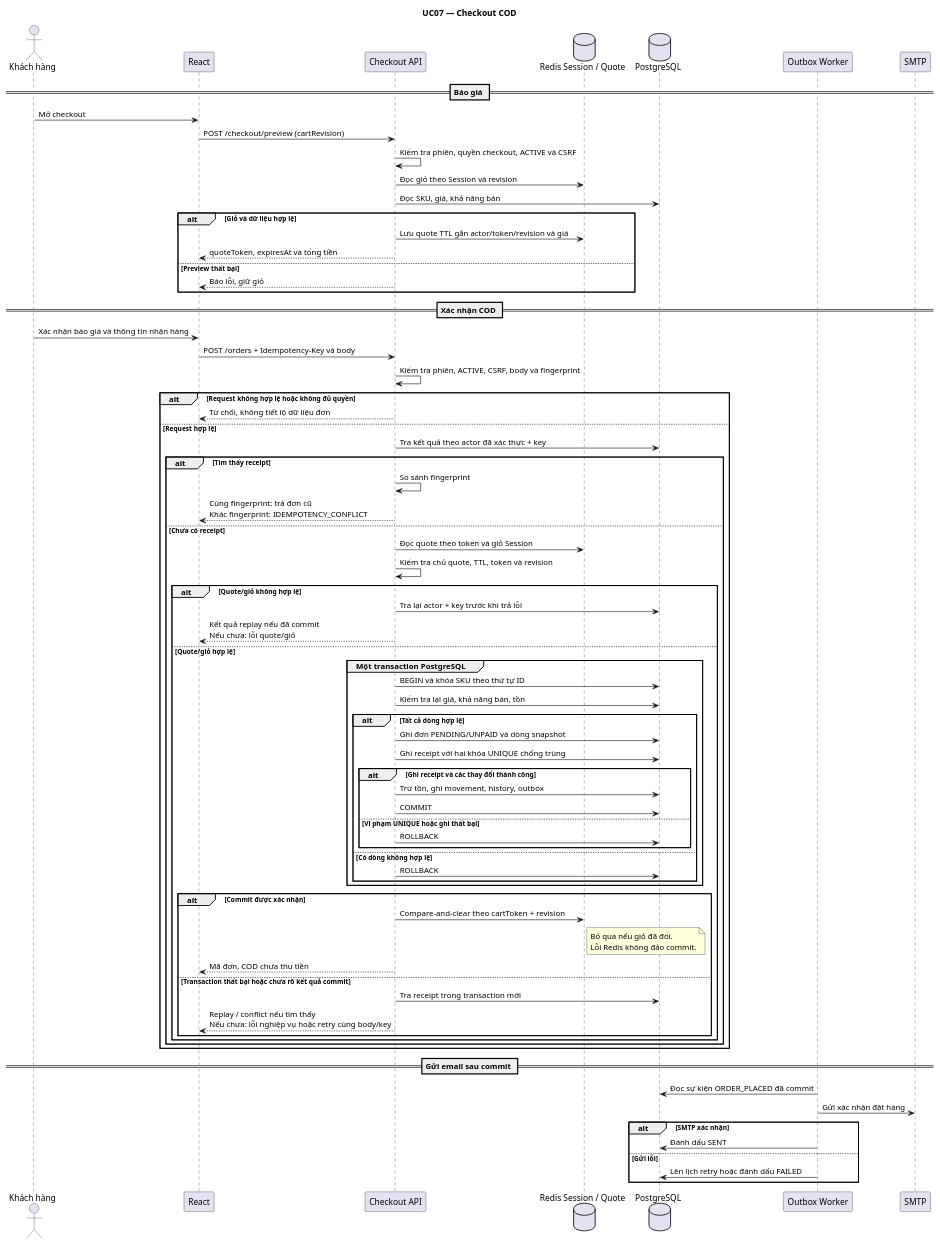
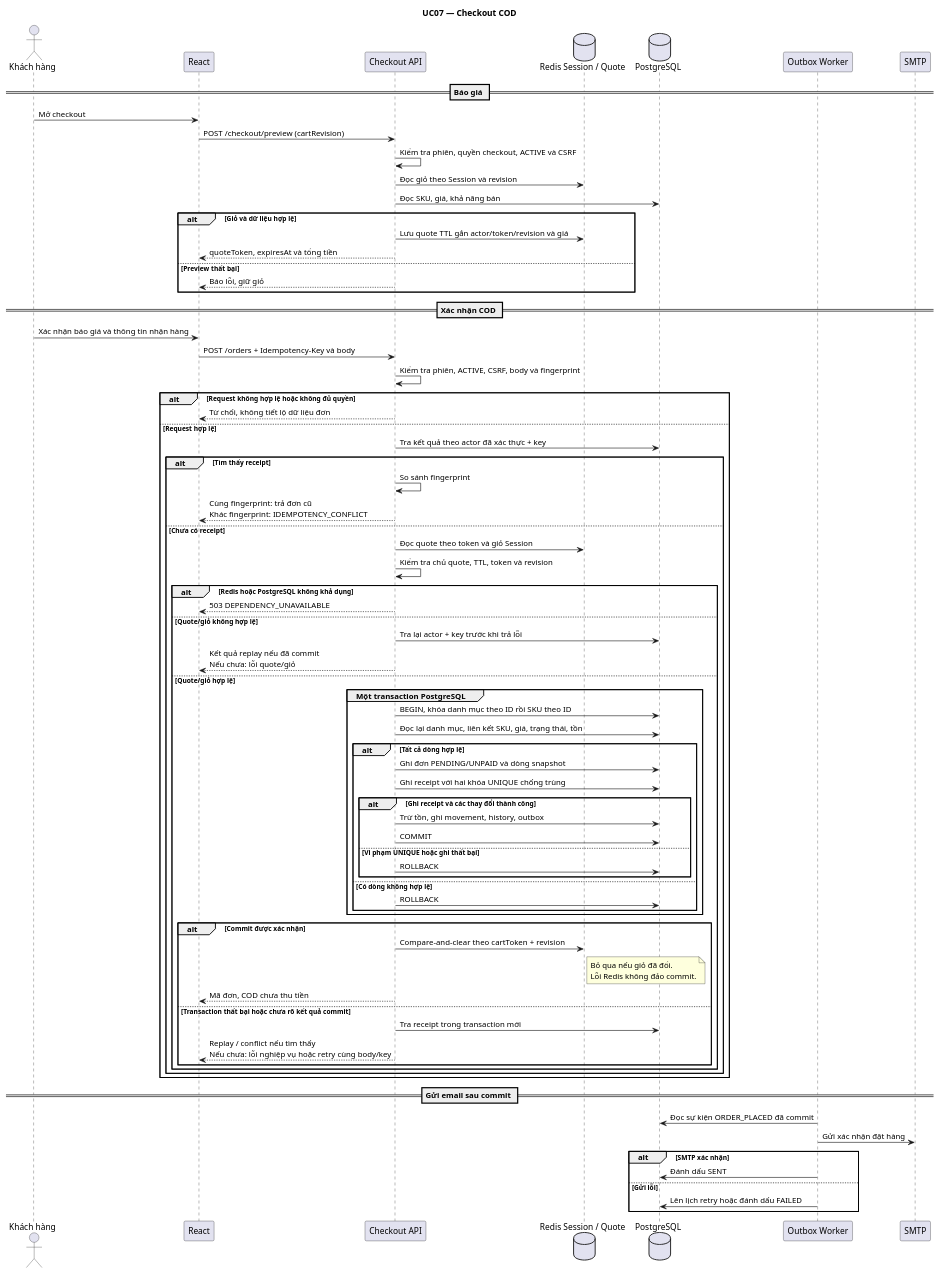
One commit to hoaqhienn/petfood-store-www-java-group10 changed the diagram in docs/design/sequences/uc07-checkout.puml. Above: the diagram before and after it, drawn with PlantUML. The commit also changed 16 other files, not shown here.

Commit message:
docs: complete P0 diagram review and checkout lock design

```diff
--- a/docs/design/sequences/uc07-checkout.puml
+++ b/docs/design/sequences/uc07-checkout.puml
@@ -1,82 +1,84 @@
 @startuml
 title UC07 — Checkout COD
 skinparam shadowing false
 actor "Khách hàng" as C
 participant "React" as UI
 participant "Checkout API" as API
 database "Redis Session / Quote" as R
 database "PostgreSQL" as DB
 participant "Outbox Worker" as W
 participant SMTP
 
 == Báo giá ==
 C -> UI : Mở checkout
 UI -> API : POST /checkout/preview (cartRevision)
 API -> API : Kiểm tra phiên, quyền checkout, ACTIVE và CSRF
 API -> R : Đọc giỏ theo Session và revision
 API -> DB : Đọc SKU, giá, khả năng bán
 alt Giỏ và dữ liệu hợp lệ
   API -> R : Lưu quote TTL gắn actor/token/revision và giá
   API --> UI : quoteToken, expiresAt và tổng tiền
 else Preview thất bại
   API --> UI : Báo lỗi, giữ giỏ
 end
 
 == Xác nhận COD ==
 C -> UI : Xác nhận báo giá và thông tin nhận hàng
 UI -> API : POST /orders + Idempotency-Key và body
 API -> API : Kiểm tra phiên, ACTIVE, CSRF, body và fingerprint
 alt Request không hợp lệ hoặc không đủ quyền
   API --> UI : Từ chối, không tiết lộ dữ liệu đơn
 else Request hợp lệ
   API -> DB : Tra kết quả theo actor đã xác thực + key
   alt Tìm thấy receipt
     API -> API : So sánh fingerprint
     API --> UI : Cùng fingerprint: trả đơn cũ\nKhác fingerprint: IDEMPOTENCY_CONFLICT
   else Chưa có receipt
     API -> R : Đọc quote theo token và giỏ Session
     API -> API : Kiểm tra chủ quote, TTL, token và revision
-    alt Quote/giỏ không hợp lệ
+    alt Redis hoặc PostgreSQL không khả dụng
+      API --> UI : 503 DEPENDENCY_UNAVAILABLE
+    else Quote/giỏ không hợp lệ
       API -> DB : Tra lại actor + key trước khi trả lỗi
       API --> UI : Kết quả replay nếu đã commit\nNếu chưa: lỗi quote/giỏ
     else Quote/giỏ hợp lệ
       group Một transaction PostgreSQL
-        API -> DB : BEGIN và khóa SKU theo thứ tự ID
-        API -> DB : Kiểm tra lại giá, khả năng bán, tồn
+        API -> DB : BEGIN, khóa danh mục theo ID rồi SKU theo ID
+        API -> DB : Đọc lại danh mục, liên kết SKU, giá, trạng thái, tồn
         alt Tất cả dòng hợp lệ
           API -> DB : Ghi đơn PENDING/UNPAID và dòng snapshot
           API -> DB : Ghi receipt với hai khóa UNIQUE chống trùng
           alt Ghi receipt và các thay đổi thành công
             API -> DB : Trừ tồn, ghi movement, history, outbox
             API -> DB : COMMIT
           else Vi phạm UNIQUE hoặc ghi thất bại
             API -> DB : ROLLBACK
           end
         else Có dòng không hợp lệ
           API -> DB : ROLLBACK
         end
       end
       alt Commit được xác nhận
         API -> R : Compare-and-clear theo cartToken + revision
         note right of R
           Bỏ qua nếu giỏ đã đổi.
           Lỗi Redis không đảo commit.
         end note
         API --> UI : Mã đơn, COD chưa thu tiền
       else Transaction thất bại hoặc chưa rõ kết quả commit
         API -> DB : Tra receipt trong transaction mới
         API --> UI : Replay / conflict nếu tìm thấy\nNếu chưa: lỗi nghiệp vụ hoặc retry cùng body/key
       end
     end
   end
 end
 
 == Gửi email sau commit ==
 W -> DB : Đọc sự kiện ORDER_PLACED đã commit
 W -> SMTP : Gửi xác nhận đặt hàng
 alt SMTP xác nhận
   W -> DB : Đánh dấu SENT
 else Gửi lỗi
   W -> DB : Lên lịch retry hoặc đánh dấu FAILED
 end
 @enduml
```
